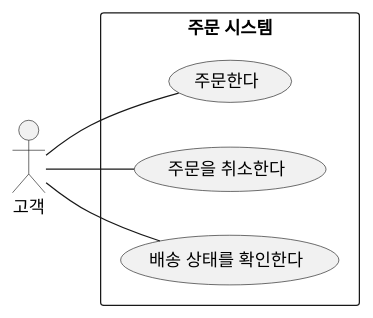
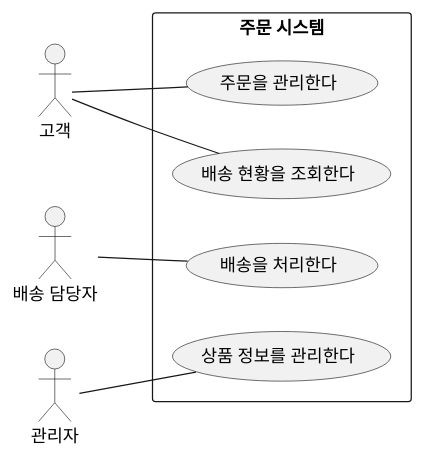
The sixth of 16 diagrams in courses/ooad/sessions/s02.md (YoungSan77/TrainingMaterials), drawn with PlantUML before and after one commit. The commit also changed other lines of this file and 10 other files, not shown here.

````diff
--- a/courses/ooad/sessions/s02.md
+++ b/courses/ooad/sessions/s02.md
@@ -467,14 +657,18 @@
 ```plantuml:usecase
 @startuml
 left to right direction
 actor "고객" as Customer
+actor "배송 담당자" as Courier
+actor "관리자" as Admin
 rectangle "주문 시스템" {
-  usecase "주문한다" as PlaceOrder
-  usecase "주문을 취소한다" as CancelOrder
-  usecase "배송 상태를 확인한다" as TrackDelivery
+  usecase "주문을 관리한다" as ManageOrder
+  usecase "배송 현황을 조회한다" as TrackDelivery
+  usecase "배송을 처리한다" as HandleDelivery
+  usecase "상품 정보를 관리한다" as ManageProduct
 }
-Customer -- PlaceOrder
-Customer -- CancelOrder
+Customer -- ManageOrder
 Customer -- TrackDelivery
+Courier -- HandleDelivery
+Admin -- ManageProduct
 @enduml
 ```
````
